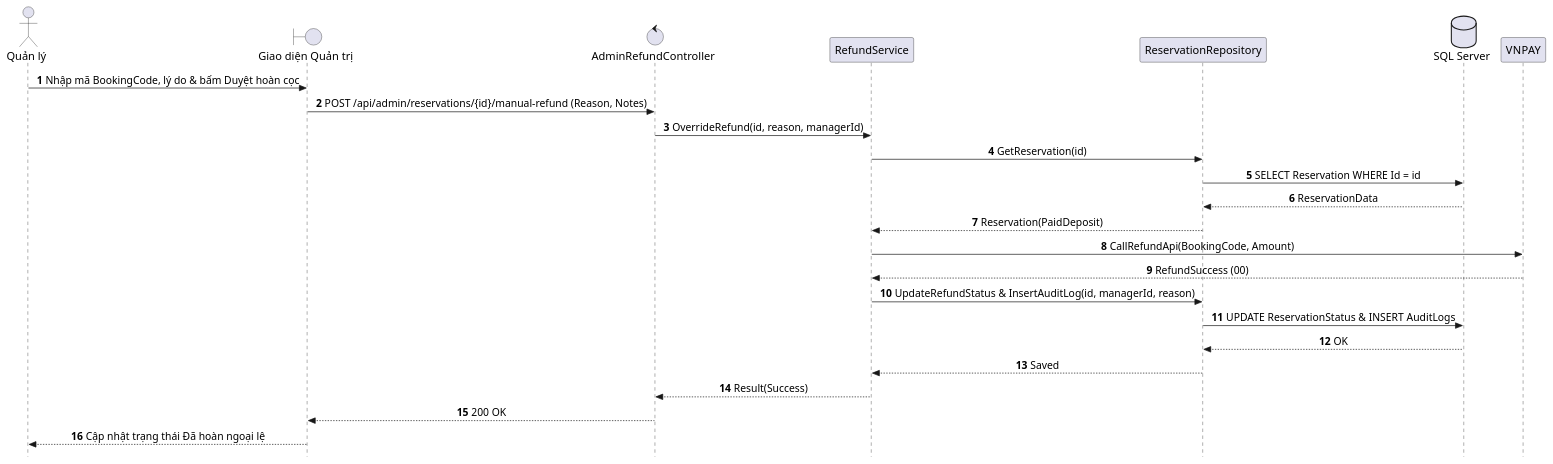
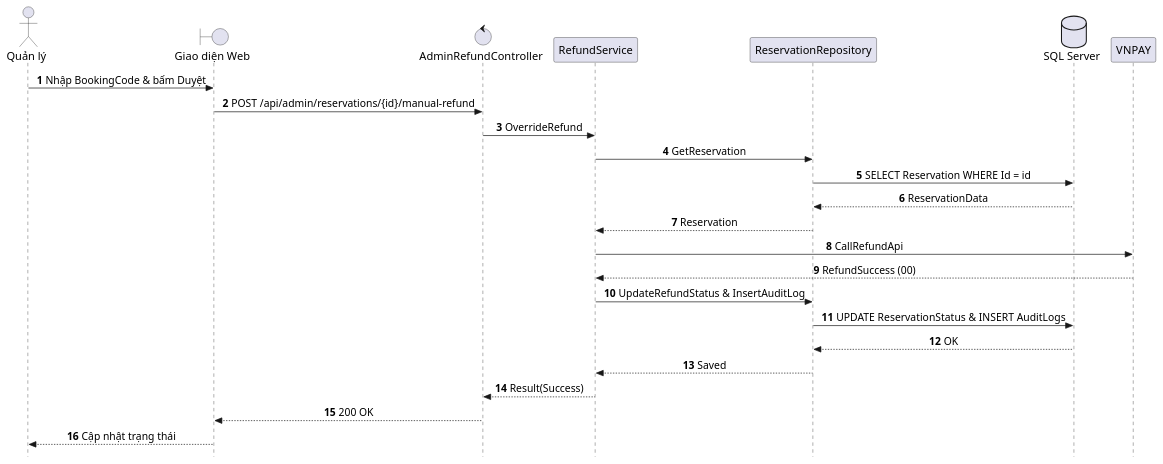
The diagram in docs/use-cases/UC-A3_Duyet_Hoan_Coc_Ngoai_Le.md (AndrewQng/VinDining), drawn with PlantUML before and after one commit. The commit also changed other lines of this file and 87 other files, not shown here.

Commit message:
docs: add phase 1 use case specifications, sequence diagrams, and architecture diagrams

````diff
--- a/docs/use-cases/UC-A3_Duyet_Hoan_Coc_Ngoai_Le.md
+++ b/docs/use-cases/UC-A3_Duyet_Hoan_Coc_Ngoai_Le.md
@@ -1,40 +26,40 @@
 ```plantuml
-@startuml SD_UC_A3_Manual_Refund_Approval
+﻿@startuml SD_UC_A3_Manual_Refund_Approval
 autonumber
 skinparam style strictuml
 skinparam sequenceMessageAlign center
 skinparam responseMessageBelowArrow true
 skinparam defaultFontName "Segoe UI", Arial, sans-serif
 skinparam defaultFontSize 16
 skinparam sequenceActorFontSize 16
 skinparam sequenceParticipantFontSize 16
 skinparam sequenceArrowFontSize 15
 skinparam sequenceGroupFontSize 15
 skinparam sequenceGroupHeaderFontSize 15
 
 actor "Quản lý" as Manager
-boundary "Giao diện Quản trị" as UI
+boundary "Giao diện Web" as UI
 control "AdminRefundController" as Controller
 participant "RefundService" as Service
 participant "ReservationRepository" as Repo
 database "SQL Server" as DB
 participant "VNPAY" as VNPAY
 
-Manager -> UI: Nhập mã BookingCode, lý do & bấm Duyệt hoàn cọc
-UI -> Controller: POST /api/admin/reservations/{id}/manual-refund (Reason, Notes)
-Controller -> Service: OverrideRefund(id, reason, managerId)
-Service -> Repo: GetReservation(id)
+Manager -> UI: Nhập BookingCode & bấm Duyệt
+UI -> Controller: POST /api/admin/reservations/{id}/manual-refund 
+Controller -> Service: OverrideRefund
+Service -> Repo: GetReservation
 Repo -> DB: SELECT Reservation WHERE Id = id
 DB --> Repo: ReservationData
-Repo --> Service: Reservation(PaidDeposit)
-Service -> VNPAY: CallRefundApi(BookingCode, Amount)
+Repo --> Service: Reservation
+Service -> VNPAY: CallRefundApi
 VNPAY --> Service: RefundSuccess (00)
-Service -> Repo: UpdateRefundStatus & InsertAuditLog(id, managerId, reason)
+Service -> Repo: UpdateRefundStatus & InsertAuditLog
 Repo -> DB: UPDATE ReservationStatus & INSERT AuditLogs
 DB --> Repo: OK
 Repo --> Service: Saved
 Service --> Controller: Result(Success)
 Controller --> UI: 200 OK
-UI --> Manager: Cập nhật trạng thái Đã hoàn ngoại lệ
+UI --> Manager: Cập nhật trạng thái 
 @enduml
 ```
````
